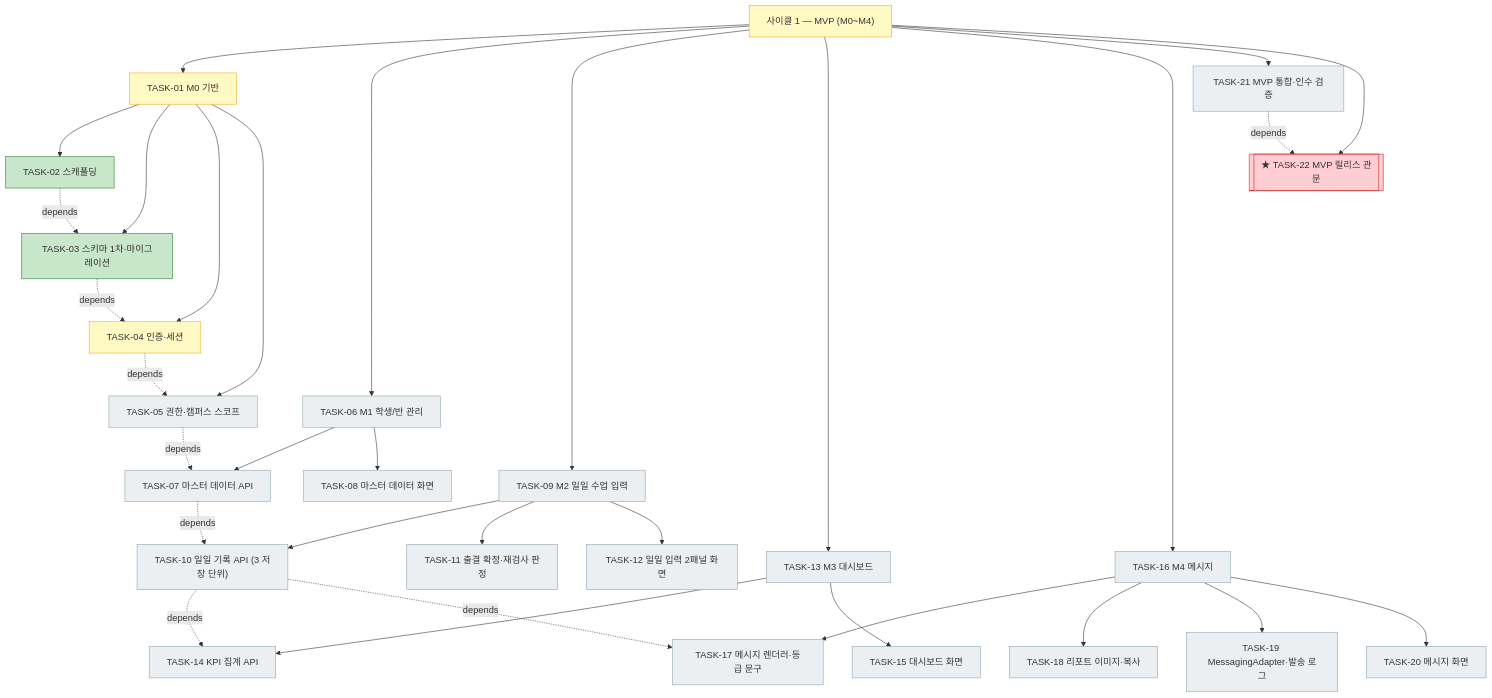
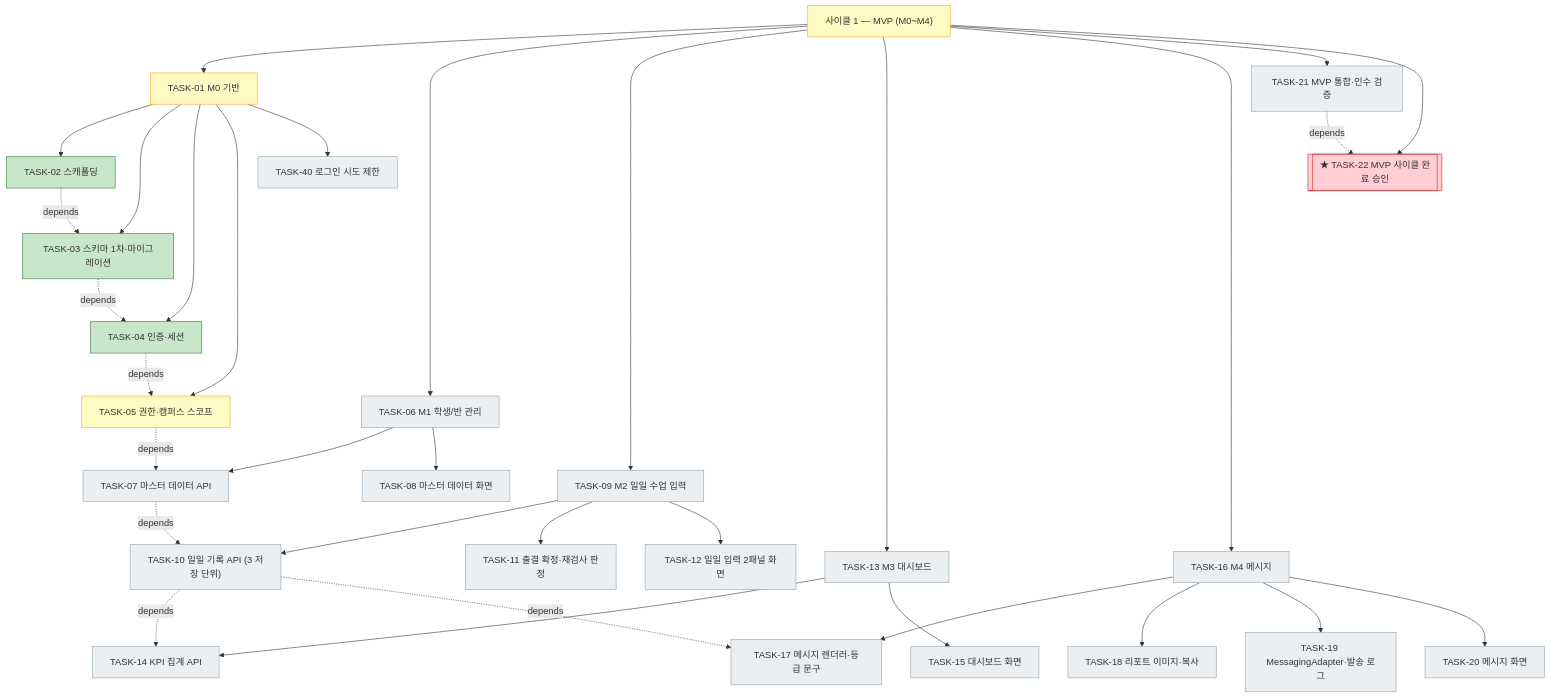
The first of 2 diagrams in docs/plan.md (bluesky5008/mathdesk), drawn with Mermaid before and after one commit. The commit also changed other lines of this file and 18 other files, not shown here.

````diff
--- a/docs/plan.md
+++ b/docs/plan.md
@@ -99,38 +100,39 @@
 ```mermaid
 flowchart TD
     C1["사이클 1 — MVP (M0~M4)"]:::active
     C1 --> T01["TASK-01 M0 기반"]:::active
     T01 --> T02["TASK-02 스캐폴딩"]:::done
     T01 --> T03["TASK-03 스키마 1차·마이그레이션"]:::done
-    T01 --> T04["TASK-04 인증·세션"]:::active
-    T01 --> T05["TASK-05 권한·캠퍼스 스코프"]:::todo
+    T01 --> T04["TASK-04 인증·세션"]:::done
+    T01 --> T05["TASK-05 권한·캠퍼스 스코프"]:::active
+    T01 --> T40["TASK-40 로그인 시도 제한"]:::todo
     C1 --> T06["TASK-06 M1 학생/반 관리"]:::todo
     T06 --> T07["TASK-07 마스터 데이터 API"]:::todo
     T06 --> T08["TASK-08 마스터 데이터 화면"]:::todo
     C1 --> T09["TASK-09 M2 일일 수업 입력"]:::todo
     T09 --> T10["TASK-10 일일 기록 API (3 저장 단위)"]:::todo
     T09 --> T11["TASK-11 출결 확정·재검사 판정"]:::todo
     T09 --> T12["TASK-12 일일 입력 2패널 화면"]:::todo
     C1 --> T13["TASK-13 M3 대시보드"]:::todo
     T13 --> T14["TASK-14 KPI 집계 API"]:::todo
     T13 --> T15["TASK-15 대시보드 화면"]:::todo
     C1 --> T16["TASK-16 M4 메시지"]:::todo
     T16 --> T17["TASK-17 메시지 렌더러·등급 문구"]:::todo
     T16 --> T18["TASK-18 리포트 이미지·복사"]:::todo
     T16 --> T19["TASK-19 MessagingAdapter·발송 로그"]:::todo
     T16 --> T20["TASK-20 메시지 화면"]:::todo
     C1 --> T21["TASK-21 MVP 통합·인수 검증"]:::todo
-    C1 --> T22[["★ TASK-22 MVP 릴리스 관문"]]:::gate
+    C1 --> T22[["★ TASK-22 MVP 사이클 완료 승인"]]:::gate
     T02 -. depends .-> T03
     T03 -. depends .-> T04
     T04 -. depends .-> T05
     T05 -. depends .-> T07
     T07 -. depends .-> T10
     T10 -. depends .-> T14
     T10 -. depends .-> T17
     T21 -. depends .-> T22
     classDef done fill:#c8e6c9,stroke:#2e7d32
     classDef active fill:#fff9c4,stroke:#f9a825
     classDef todo fill:#eceff1,stroke:#90a4ae
     classDef gate fill:#ffcdd2,stroke:#c62828
 ```
````
